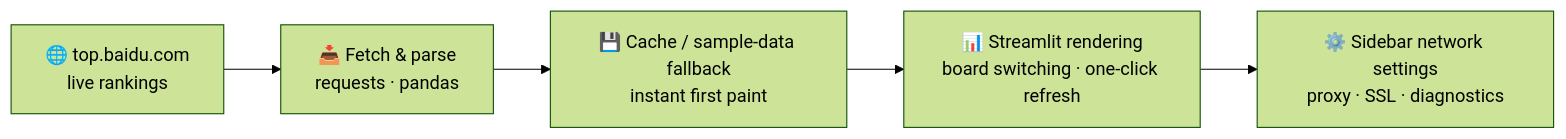
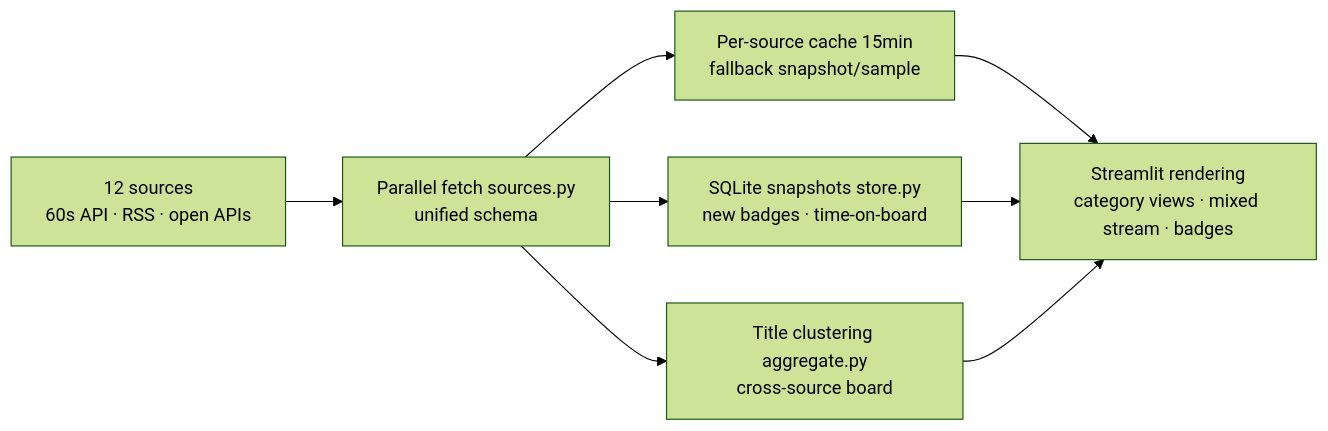
One commit to Mocas-12/baiduhotsearch changed the diagram in README.md. Above: the diagram before and after it, drawn with Mermaid (forest theme). The commit also changed other lines of this file and 9 other files, not shown here.

````diff
--- a/README.md
+++ b/README.md
@@ -46,7 +63,10 @@
 ```mermaid
 flowchart LR
-    A[🌐 top.baidu.com<br/>live rankings] --> B[📥 Fetch & parse<br/>requests · pandas]
-    B --> C[💾 Cache / sample-data fallback<br/>instant first paint]
-    C --> D[📊 Streamlit rendering<br/>board switching · one-click refresh]
-    D --> E[⚙️ Sidebar network settings<br/>proxy · SSL · diagnostics]
+    A[12 sources<br/>60s API · RSS · open APIs] --> B[Parallel fetch sources.py<br/>unified schema]
+    B --> C[Per-source cache 15min<br/>fallback snapshot/sample]
+    B --> D[SQLite snapshots store.py<br/>new badges · time-on-board]
+    B --> E[Title clustering aggregate.py<br/>cross-source board]
+    C --> F[Streamlit rendering<br/>category views · mixed stream · badges]
+    D --> F
+    E --> F
 ```
````
